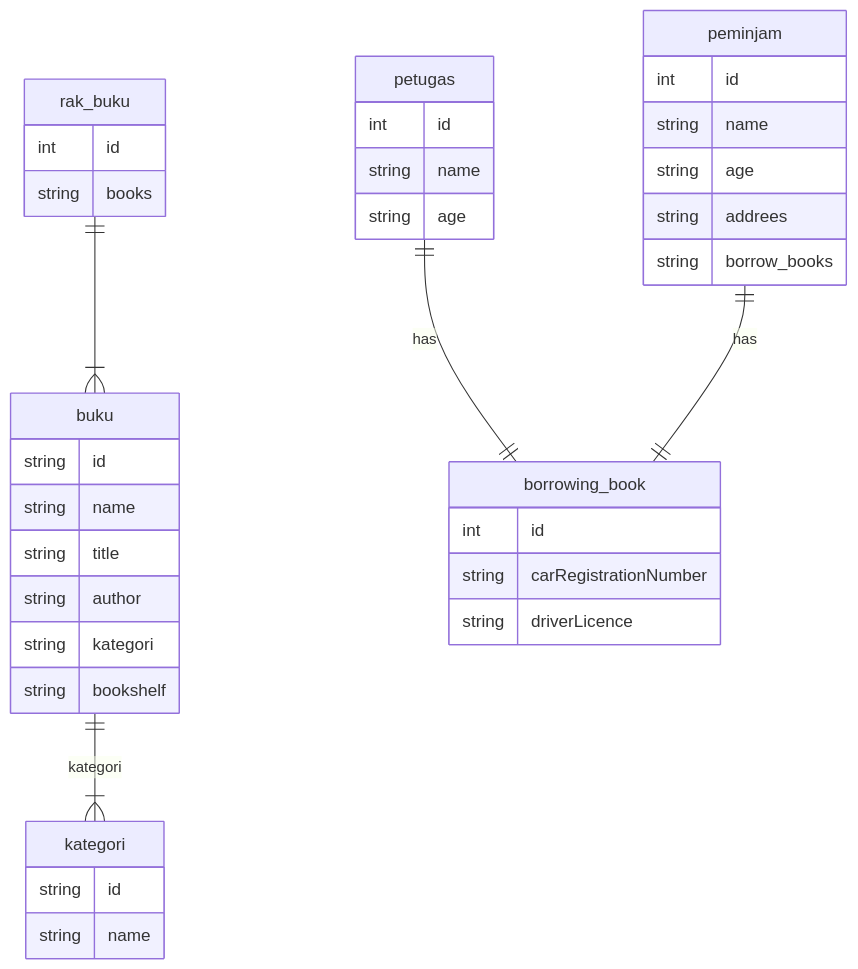
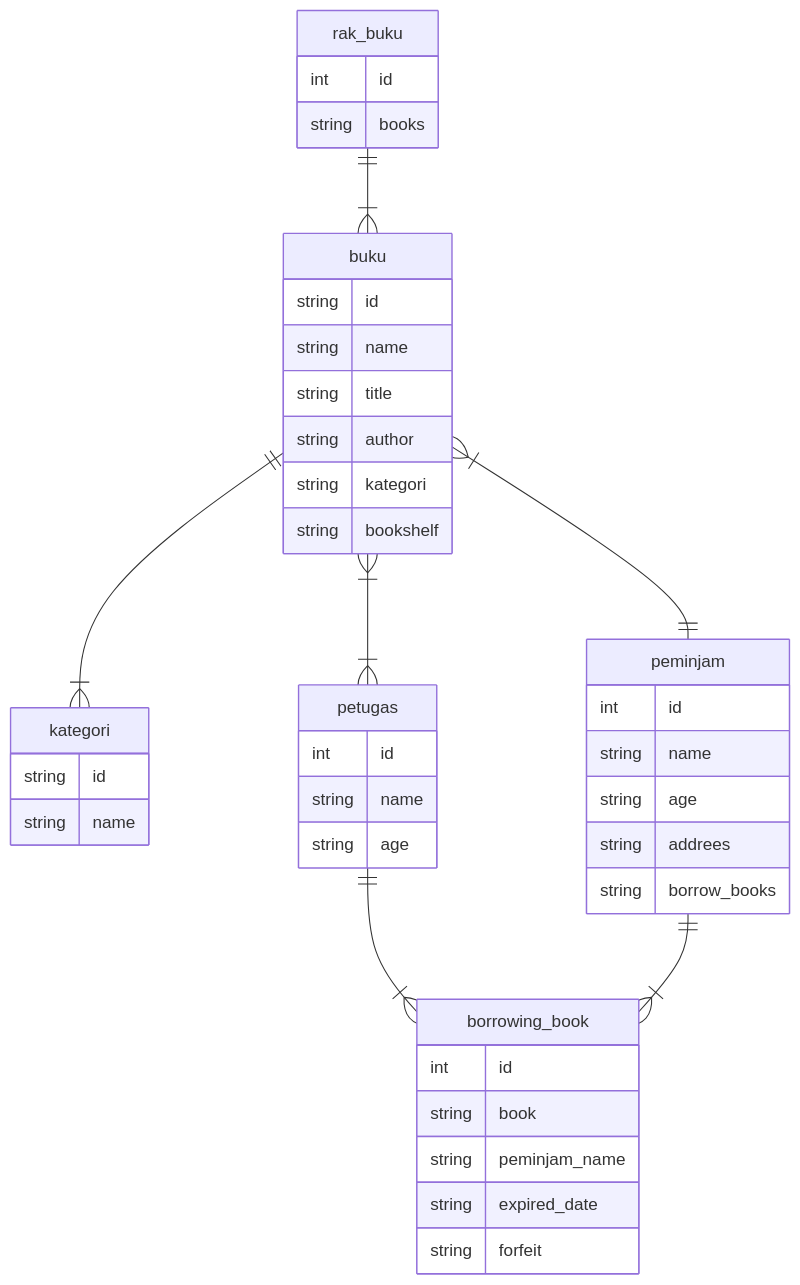
One commit to AbiPasundan/koda-b6-db1 changed the diagram in README.md. Above: the diagram before and after it, drawn with Mermaid. The commit also changed 1 other file, not shown here.

Commit message:
feat: create complete erd

````diff
--- a/README.md
+++ b/README.md
@@ -22,44 +22,48 @@
 ```mermaid
 
 erDiagram
-    buku ||--|{kategori: "kategori"
+    buku ||--|{kategori: ""
+    buku }|--|{petugas: ""
+    buku }|--||peminjam: ""
     buku {
         string id
         string name
         string title
         string author
         string kategori
         string bookshelf
     }
 
     kategori {
         string id
         string name
     }
 
     rak_buku||--|{buku : ""
     rak_buku {
         int id
         string books
     }
-    petugas||--||borrowing_book : "has"
+    petugas||--|{borrowing_book : ""
     petugas {
         int id
         string name
         string age
     }
-    peminjam||--||borrowing_book : "has"
+    peminjam||--|{borrowing_book : ""
     peminjam {
         int id
         string name
         string age
         string addrees
         string borrow_books
     }
 
     borrowing_book {
         int id
-        string carRegistrationNumber
-        string driverLicence
+        string book
+        string peminjam_name
+        string expired_date
+        string forfeit
     }
 ```
````
